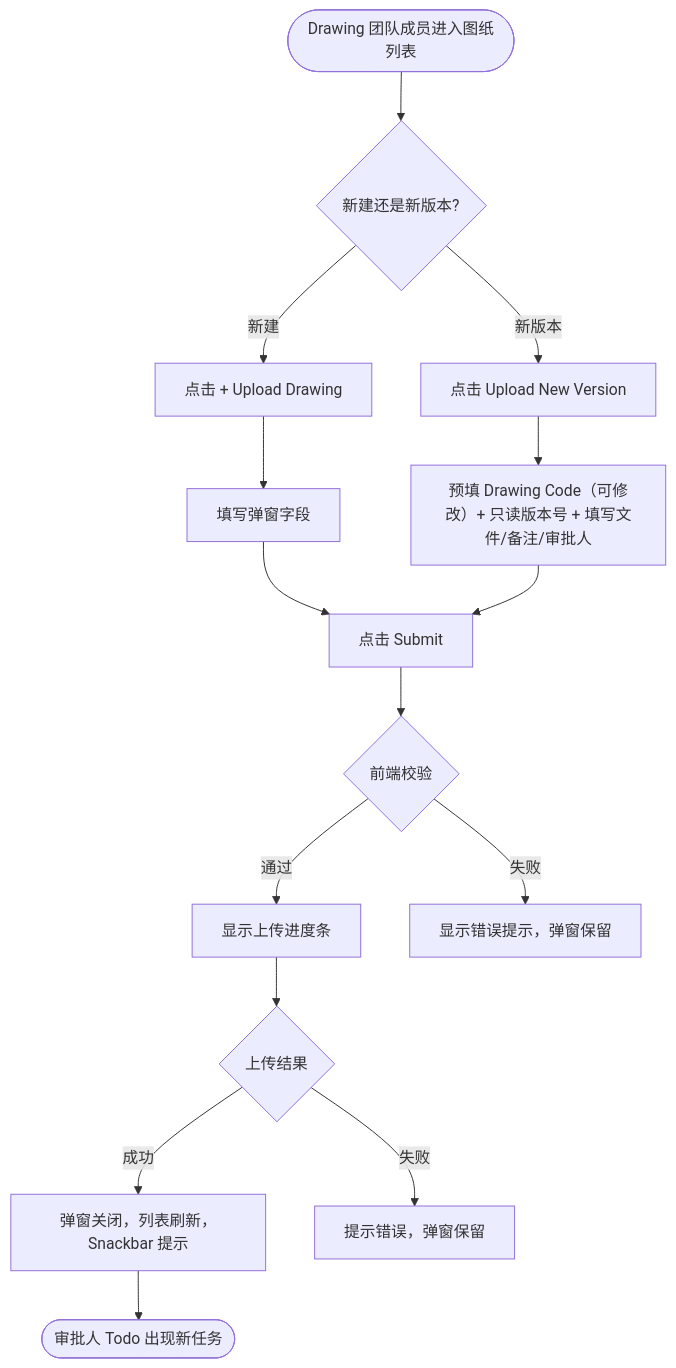
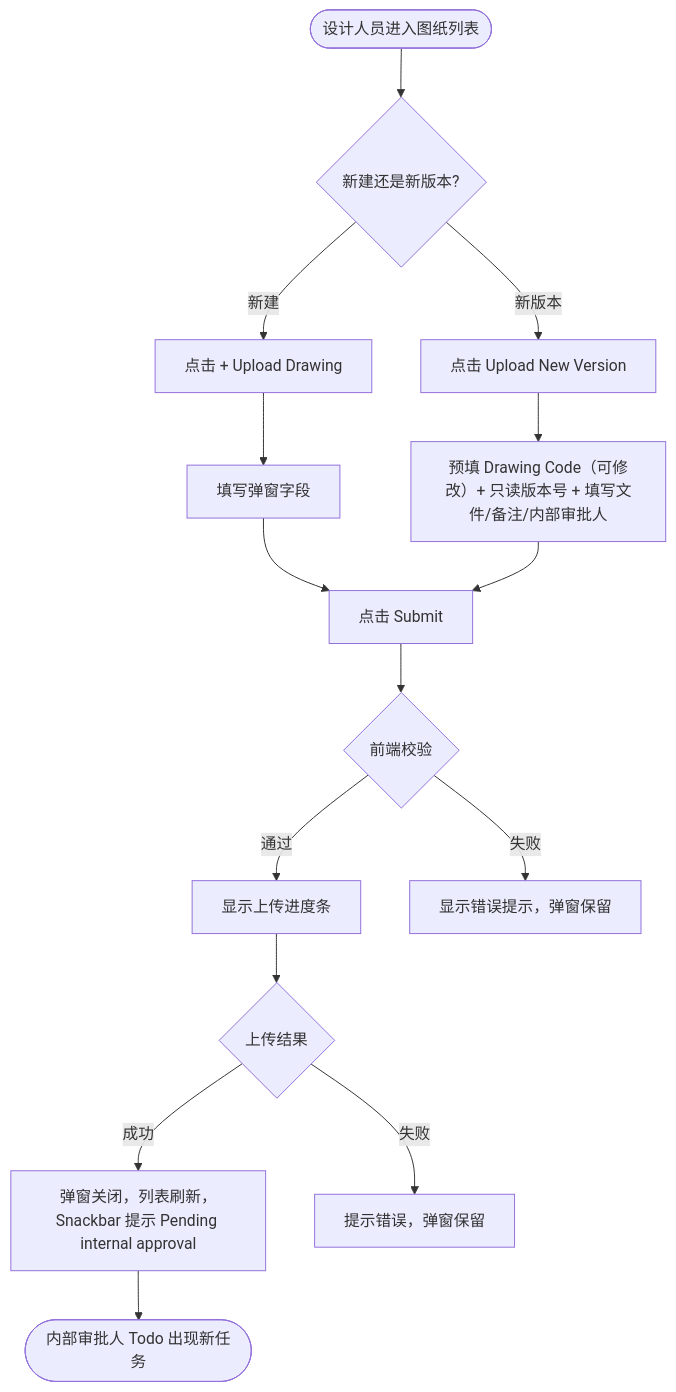
One commit to xiayingspace-hue/smart-site changed the diagram in requirements/pc/REQ-003A-pc.md. Above: the diagram before and after it, drawn with Mermaid. The commit also changed other lines of this file and 4 other files, not shown here.

````diff
--- a/requirements/pc/REQ-003A-pc.md
+++ b/requirements/pc/REQ-003A-pc.md
@@ -170,17 +186,17 @@
 ```mermaid
 flowchart TD
-    A([Drawing 团队成员进入图纸列表]) --> B{新建还是新版本?}
+    A([设计人员进入图纸列表]) --> B{新建还是新版本?}
     B -- 新建 --> C[点击 + Upload Drawing]
     B -- 新版本 --> D[点击 Upload New Version]
     C --> E[填写弹窗字段]
-    D --> F[预填 Drawing Code（可修改）+ 只读版本号 + 填写文件/备注/审批人]
+    D --> F[预填 Drawing Code（可修改）+ 只读版本号 + 填写文件/备注/内部审批人]
     E --> G[点击 Submit]
     F --> G
     G --> H{前端校验}
     H -- 通过 --> I[显示上传进度条]
     H -- 失败 --> J[显示错误提示，弹窗保留]
     I --> K{上传结果}
-    K -- 成功 --> L[弹窗关闭，列表刷新，Snackbar 提示]
+    K -- 成功 --> L[弹窗关闭，列表刷新，Snackbar 提示 Pending internal approval]
     K -- 失败 --> M[提示错误，弹窗保留]
-    L --> N([审批人 Todo 出现新任务])
+    L --> N([内部审批人 Todo 出现新任务])
 ```
````
